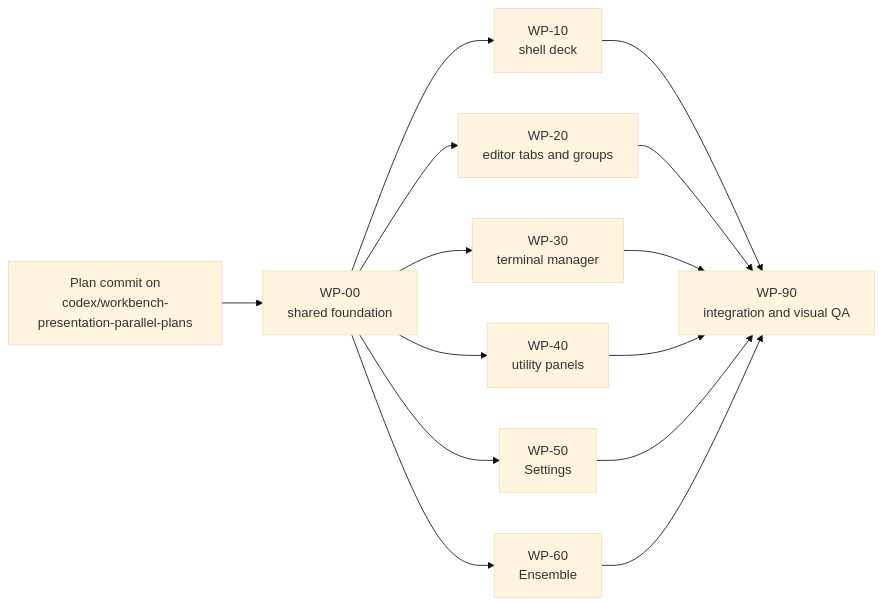
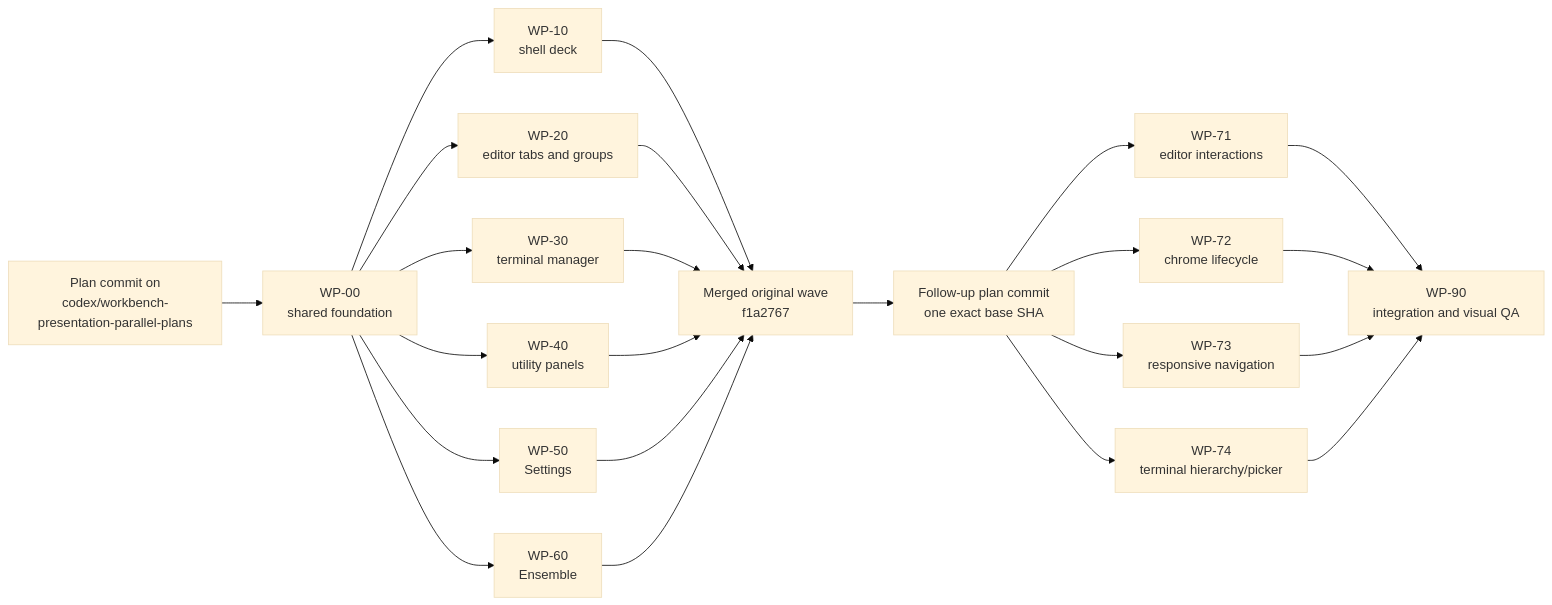
One commit to vatsalsaglani/rafu changed the diagram in docs/plans/phases/workbench-presentation-upgrade/README.md. Above: the diagram before and after it, drawn with Mermaid (base theme). The commit also changed other lines of this file and 15 other files, not shown here.

Commit message:
docs: plan parallel workbench presentation follow-ups

````diff
--- a/docs/plans/phases/workbench-presentation-upgrade/README.md
+++ b/docs/plans/phases/workbench-presentation-upgrade/README.md
@@ -23,26 +33,41 @@
 ```mermaid
 flowchart LR
     A["Plan commit on<br/>codex/workbench-presentation-parallel-plans"]
     F["WP-00<br/>shared foundation"]
     S["WP-10<br/>shell deck"]
     E["WP-20<br/>editor tabs and groups"]
     T["WP-30<br/>terminal manager"]
     U["WP-40<br/>utility panels"]
     P["WP-50<br/>Settings"]
     N["WP-60<br/>Ensemble"]
+    M["Merged original wave<br/>f1a2767"]
+    A2["Follow-up plan commit<br/>one exact base SHA"]
+    E1["WP-71<br/>editor interactions"]
+    C1["WP-72<br/>chrome lifecycle"]
+    R1["WP-73<br/>responsive navigation"]
+    T1["WP-74<br/>terminal hierarchy/picker"]
     Q["WP-90<br/>integration and visual QA"]
 
     A --> F
     F --> S
     F --> E
     F --> T
     F --> U
     F --> P
     F --> N
-    S --> Q
-    E --> Q
-    T --> Q
-    U --> Q
-    P --> Q
-    N --> Q
+    S --> M
+    E --> M
+    T --> M
+    U --> M
+    P --> M
+    N --> M
+    M --> A2
+    A2 --> E1
+    A2 --> C1
+    A2 --> R1
+    A2 --> T1
+    E1 --> Q
+    C1 --> Q
+    R1 --> Q
+    T1 --> Q
 ```
````
